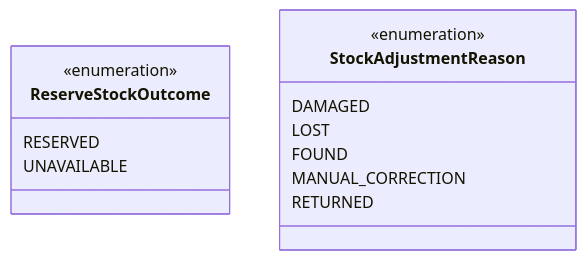
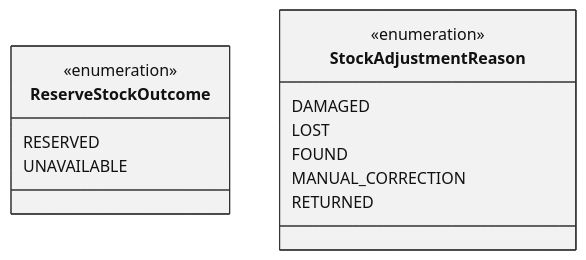
Before and after one commit to ZenWave360/dsl-kotlin: the seventh of 7 diagrams in dsl-docs/src/commonTest/resources/snapshots/arcadia-modulith/modules/catalog-inventory.md, drawn with Mermaid. The commit also changed other lines of this file and 21 other files, not shown here.

Commit message:
feat(views): event class diagrams, light class diagram styling, command adapters

````diff
--- a/dsl-docs/src/commonTest/resources/snapshots/arcadia-modulith/modules/catalog-inventory.md
+++ b/dsl-docs/src/commonTest/resources/snapshots/arcadia-modulith/modules/catalog-inventory.md
@@ -190,16 +227,25 @@
 ```mermaid
+---
+config:
+  theme: default
+  themeVariables:
+    lineColor: "#888888"
+    edgeLabelBackground: "#ffffff"
+---
 classDiagram
     class ReserveStockOutcome {
         <<enumeration>>
         RESERVED
         UNAVAILABLE
     }
     class StockAdjustmentReason {
         <<enumeration>>
         DAMAGED
         LOST
         FOUND
         MANUAL_CORRECTION
         RETURNED
     }
+    style ReserveStockOutcome fill:#f2f2f2,stroke:#333333,color:#111111
+    style StockAdjustmentReason fill:#f2f2f2,stroke:#333333,color:#111111
 ```
````
